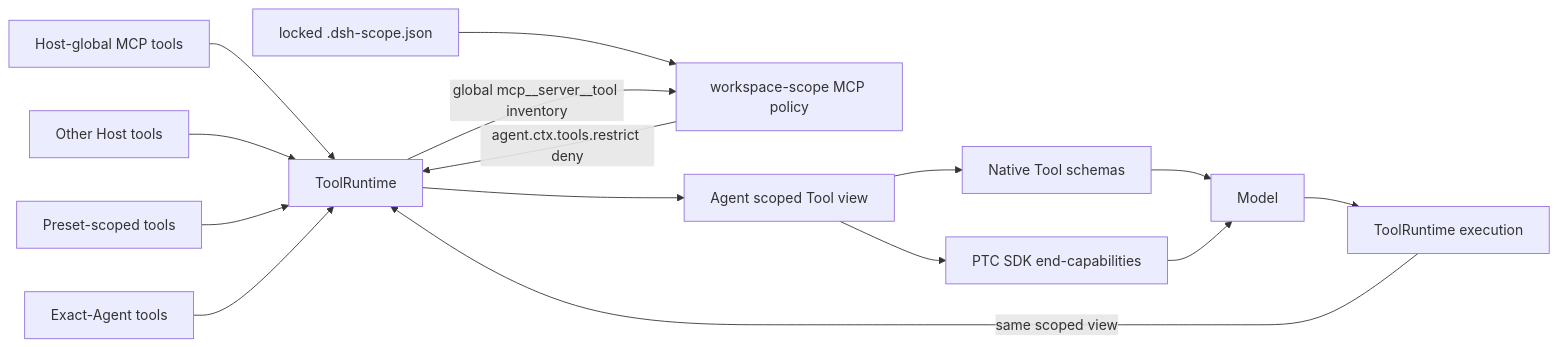
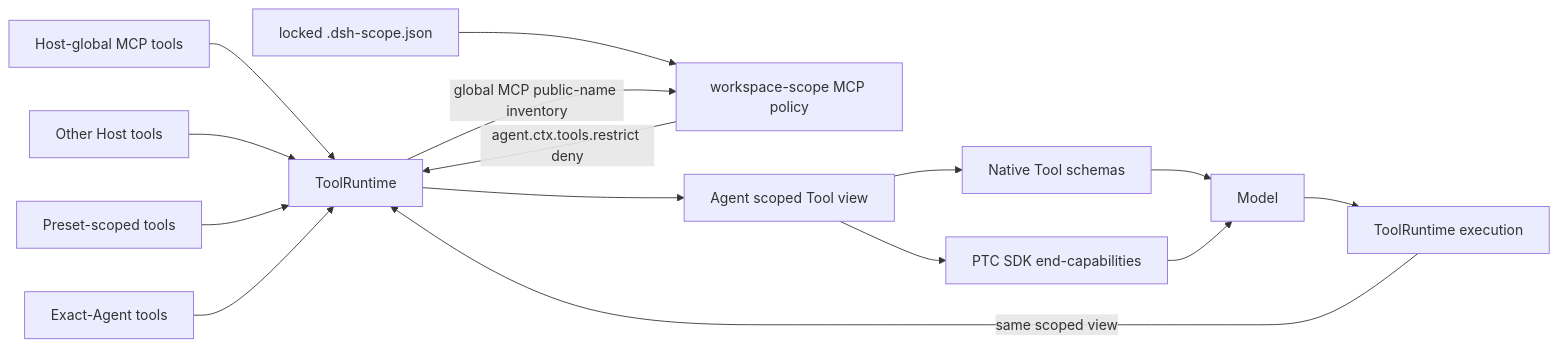
One commit to Ri0n72Y/dsh-workspace-scope changed the fourth of 5 diagrams in docs/architecture.md. Above: the diagram before and after it, drawn with Mermaid. The commit also changed other lines of this file, not shown here.

Commit message:
docs: record minimal mcp compatibility seam

````diff
--- a/docs/architecture.md
+++ b/docs/architecture.md
@@ -217,20 +221,20 @@
 ```mermaid
 flowchart LR
     HM["Host-global MCP tools"] --> TR["ToolRuntime"]
     HT["Other Host tools"] --> TR
     PT["Preset-scoped tools"] --> TR
     AT["Exact-Agent tools"] --> TR
 
     CFG["locked .dsh-scope.json"] --> WSP["workspace-scope MCP policy"]
-    TR -->|"global mcp__server__tool inventory"| WSP
+    TR -->|"global MCP public-name inventory"| WSP
     WSP -->|"agent.ctx.tools.restrict deny"| TR
 
     TR --> VIEW["Agent scoped Tool view"]
     VIEW --> N["Native Tool schemas"]
     VIEW --> P["PTC SDK end-capabilities"]
     N --> MODEL["Model"]
     P --> MODEL
 
     MODEL --> EXEC["ToolRuntime execution"]
     EXEC -->|"same scoped view"| TR
 ```
````
